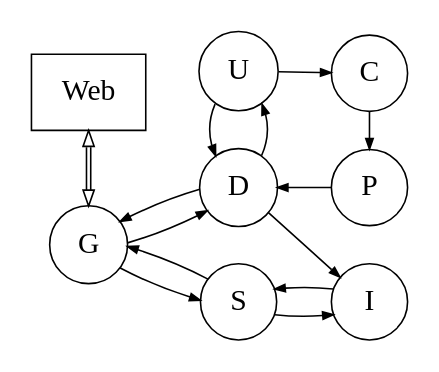
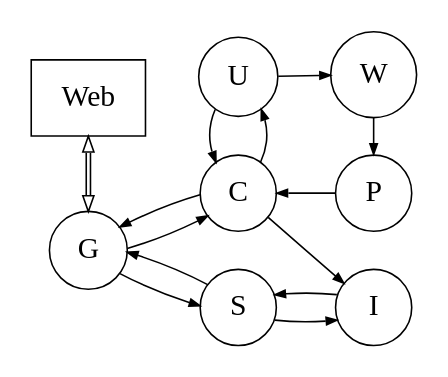
The diagram in docs/graphics/task-units.dot (mpgirro/dipl), drawn with Graphviz before and after one commit. The commit also changed 7 other files, not shown here.

```diff
--- a/docs/graphics/task-units.dot
+++ b/docs/graphics/task-units.dot
@@ -1,25 +1,25 @@
 digraph G {
     rankdir = LR;
     size="4,4";
     graph [pad = "0.1", ranksep = "0.35", nodesep = "0.25"];
     node [shape = circle, penwidth = 0.75];
     edge [arrowhead = normal, arrowsize = 0.5];
 
     Web [shape = "box"];
 
-    G -> D -> G [penwidth=0.75];   // REST retrieval of DB
+    G -> C -> G [penwidth=0.75];   // REST retrieval of DB
     G -> S -> G [penwidth=0.75];   // REST retrieval from searcher
-    D -> U -> D [penwidth=0.75];   // test for update interval
-    U -> C [penwidth=0.75];        // download job
-    D -> I [penwidth=0.75];        // update index
+    C -> U -> C [penwidth=0.75];   // test for update interval
+    U -> W [penwidth=0.75];        // download job
+    C -> I [penwidth=0.75];        // update index
     S -> I -> S [penwidth=0.75];   // search index
-    C -> P -> D [penwidth=0.75];   // download-parse-update
+    W -> P -> C [penwidth=0.75];   // download-parse-update
     P -> I [style="invis"];        // ensure desired node alignment 
 
     Web -> G [minlen = "2.5", dir = "both", constraint = false, penwidth = 0.75, color = "black:black", arrowhead = empty, arrowtail = empty, arrowsize = 0.75];
 
     // constraints to style the graph
     { rank=same; G Web }
-    { rank=same; U D S }
-    { rank=same; C P I }
+    { rank=same; U C S }
+    { rank=same; W P I }
 }
```
